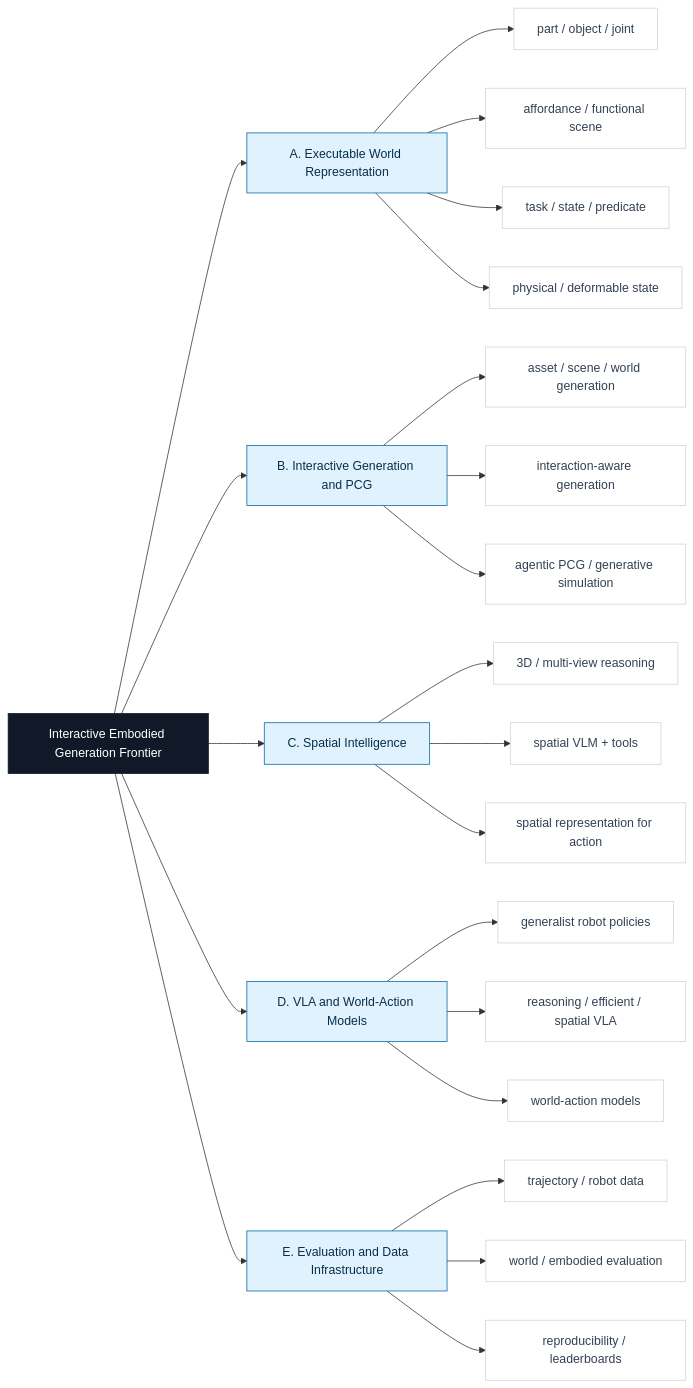
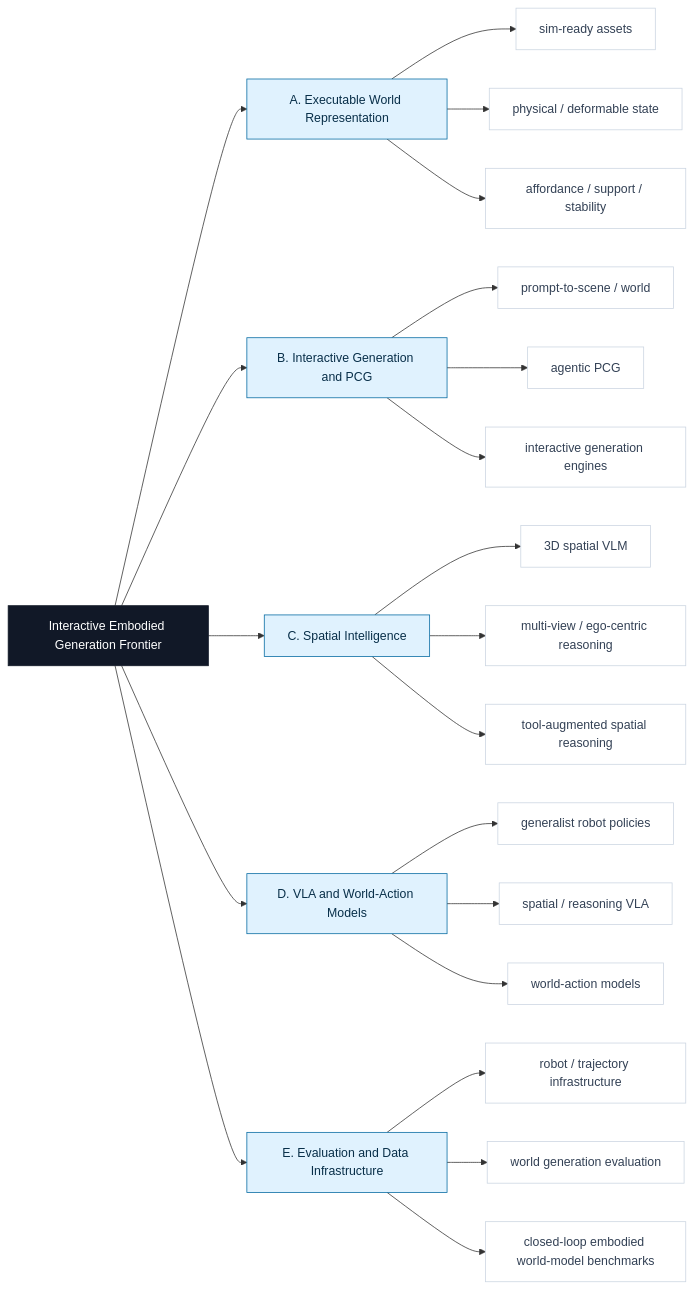
One commit to SanGibb/Reading-List changed the diagram in README.md. Above: the diagram before and after it, drawn with Mermaid. The commit also changed other lines of this file and 52 other files, not shown here.

````diff
--- a/README.md
+++ b/README.md
@@ -49,37 +59,36 @@
 ```mermaid
 flowchart LR
   R["Interactive Embodied Generation Frontier"]
 
   R --> A["A. Executable World Representation"]
-  A --> A1["part / object / joint"]
-  A --> A2["affordance / functional scene"]
-  A --> A3["task / state / predicate"]
-  A --> A4["physical / deformable state"]
+  A --> A1["sim-ready assets"]
+  A --> A2["physical / deformable state"]
+  A --> A3["affordance / support / stability"]
 
   R --> B["B. Interactive Generation and PCG"]
-  B --> B1["asset / scene / world generation"]
-  B --> B2["interaction-aware generation"]
-  B --> B3["agentic PCG / generative simulation"]
+  B --> B1["prompt-to-scene / world"]
+  B --> B2["agentic PCG"]
+  B --> B3["interactive generation engines"]
 
   R --> C["C. Spatial Intelligence"]
-  C --> C1["3D / multi-view reasoning"]
-  C --> C2["spatial VLM + tools"]
-  C --> C3["spatial representation for action"]
+  C --> C1["3D spatial VLM"]
+  C --> C2["multi-view / ego-centric reasoning"]
+  C --> C3["tool-augmented spatial reasoning"]
 
   R --> D["D. VLA and World-Action Models"]
   D --> D1["generalist robot policies"]
-  D --> D2["reasoning / efficient / spatial VLA"]
+  D --> D2["spatial / reasoning VLA"]
   D --> D3["world-action models"]
 
   R --> E["E. Evaluation and Data Infrastructure"]
-  E --> E1["trajectory / robot data"]
-  E --> E2["world / embodied evaluation"]
-  E --> E3["reproducibility / leaderboards"]
+  E --> E1["robot / trajectory infrastructure"]
+  E --> E2["world generation evaluation"]
+  E --> E3["closed-loop embodied world-model benchmarks"]
 
   classDef root fill:#111827,stroke:#111827,color:#ffffff;
   classDef branch fill:#e0f2fe,stroke:#0369a1,color:#082f49;
   classDef leaf fill:#ffffff,stroke:#cbd5e1,color:#334155;
   class R root;
   class A,B,C,D,E branch;
-  class A1,A2,A3,A4,B1,B2,B3,C1,C2,C3,D1,D2,D3,E1,E2,E3 leaf;
+  class A1,A2,A3,B1,B2,B3,C1,C2,C3,D1,D2,D3,E1,E2,E3 leaf;
 ```
````
